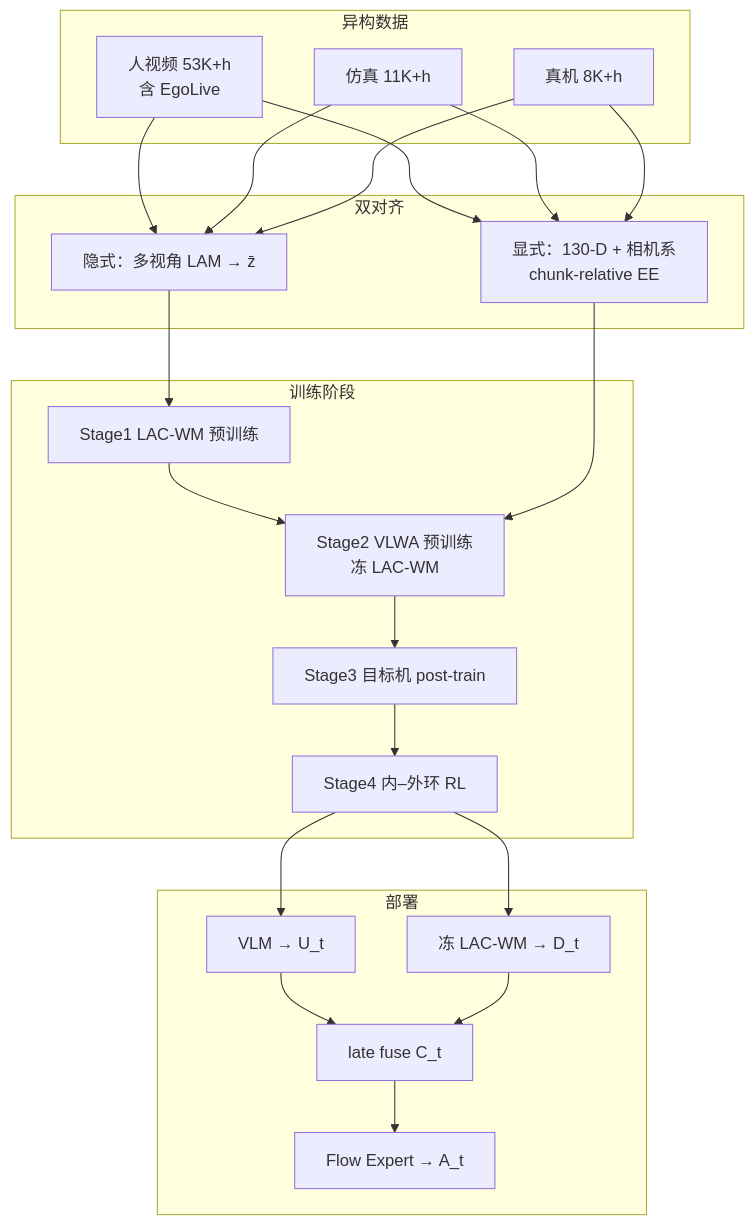
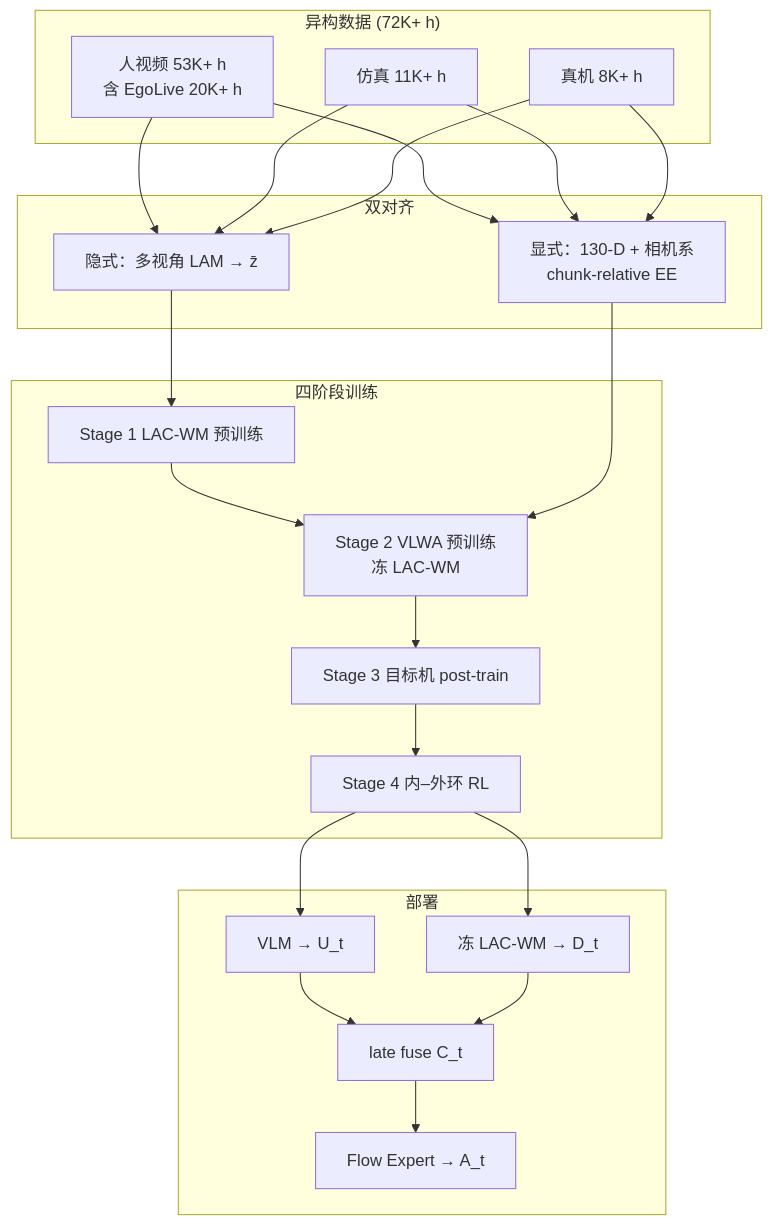
One commit to ImChong/Robotics_Notebooks changed the diagram in wiki/entities/paper-joyai-ra-05.md. Above: the diagram before and after it, drawn with Mermaid. The commit also changed other lines of this file and 192 other files, not shown here.

Commit message:
[2026-11-14] ingest | roadmap/depth-vla.md — 补齐 VLA 纵深路线全部节点原文证据与满分健康度

````diff
--- a/wiki/entities/paper-joyai-ra-05.md
+++ b/wiki/entities/paper-joyai-ra-05.md
@@ -81,36 +84,36 @@
 ```mermaid
 flowchart TB
-  subgraph data [异构数据]
-    ego["人视频 53K+h\n含 EgoLive"]
-    sim["仿真 11K+h"]
-    rob["真机 8K+h"]
+  subgraph data["异构数据 (72K+ h)"]
+    ego["人视频 53K+ h<br/>含 EgoLive 20K+ h"]
+    sim["仿真 11K+ h"]
+    rob["真机 8K+ h"]
   end
-  subgraph align [双对齐]
+  subgraph align["双对齐"]
     lam["隐式：多视角 LAM → z̄"]
-    canon["显式：130-D + 相机系\nchunk-relative EE"]
+    canon["显式：130-D + 相机系<br/>chunk-relative EE"]
   end
-  subgraph stages [训练阶段]
-    s1["Stage1 LAC-WM 预训练"]
-    s2["Stage2 VLWA 预训练\n冻 LAC-WM"]
-    s3["Stage3 目标机 post-train"]
-    s4["Stage4 内–外环 RL"]
+  subgraph stages["四阶段训练"]
+    s1["Stage 1 LAC-WM 预训练"]
+    s2["Stage 2 VLWA 预训练<br/>冻 LAC-WM"]
+    s3["Stage 3 目标机 post-train"]
+    s4["Stage 4 内–外环 RL"]
   end
-  subgraph deploy [部署]
+  subgraph deploy["部署"]
     vlm["VLM → U_t"]
     wm["冻 LAC-WM → D_t"]
     fuse["late fuse C_t"]
     act["Flow Expert → A_t"]
   end
   ego --> lam
   sim --> lam
   rob --> lam
   ego --> canon
   sim --> canon
   rob --> canon
   lam --> s1 --> s2 --> s3 --> s4
   canon --> s2
   s4 --> vlm
   s4 --> wm
   vlm --> fuse
   wm --> fuse --> act
 ```
````
